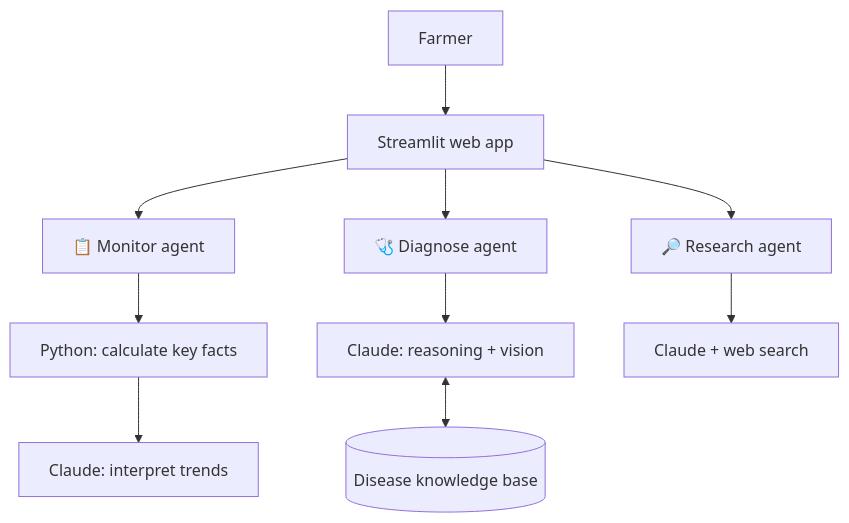
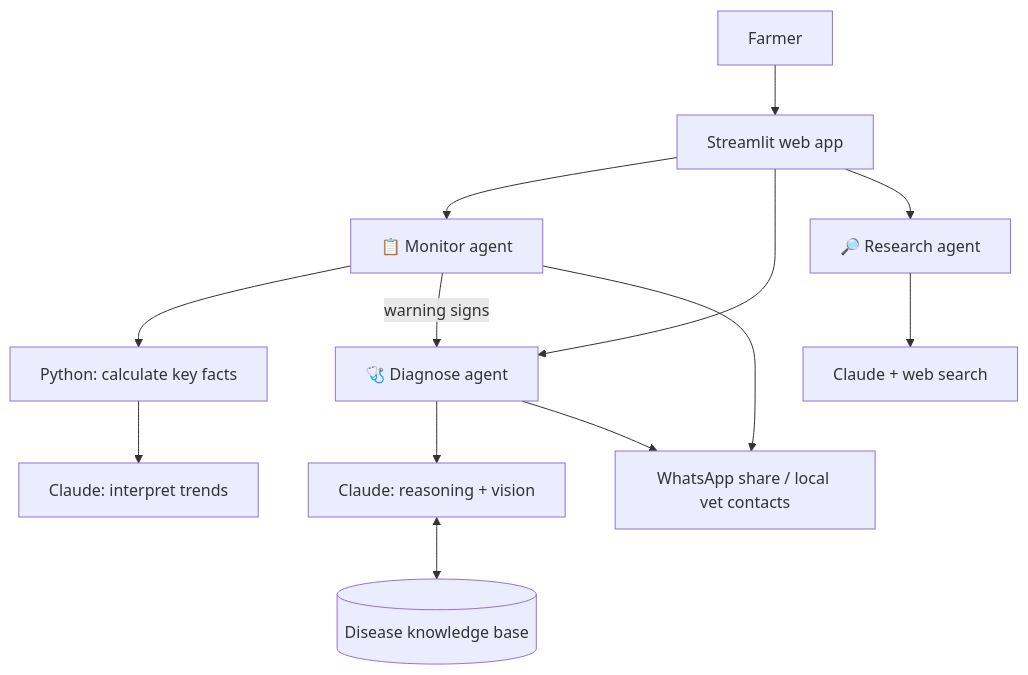
Before and after one commit to Mesheco/poultry-health-assistant: the diagram in README.md, drawn with Mermaid. The commit also changed other lines of this file, not shown here.

````diff
--- a/README.md
+++ b/README.md
@@ -70,12 +81,15 @@
 ```mermaid
 flowchart TD
     F[Farmer] --> UI[Streamlit web app]
     UI --> M[📋 Monitor agent]
     UI --> D[🩺 Diagnose agent]
     UI --> R[🔎 Research agent]
     M --> P[Python: calculate key facts]
     P --> C1[Claude: interpret trends]
+    M -- warning signs --> D
     D --> C2[Claude: reasoning + vision]
     C2 <--> KB[(Disease knowledge base)]
     R --> C3[Claude + web search]
+    D --> H[WhatsApp share / local vet contacts]
+    M --> H
 ```
````
